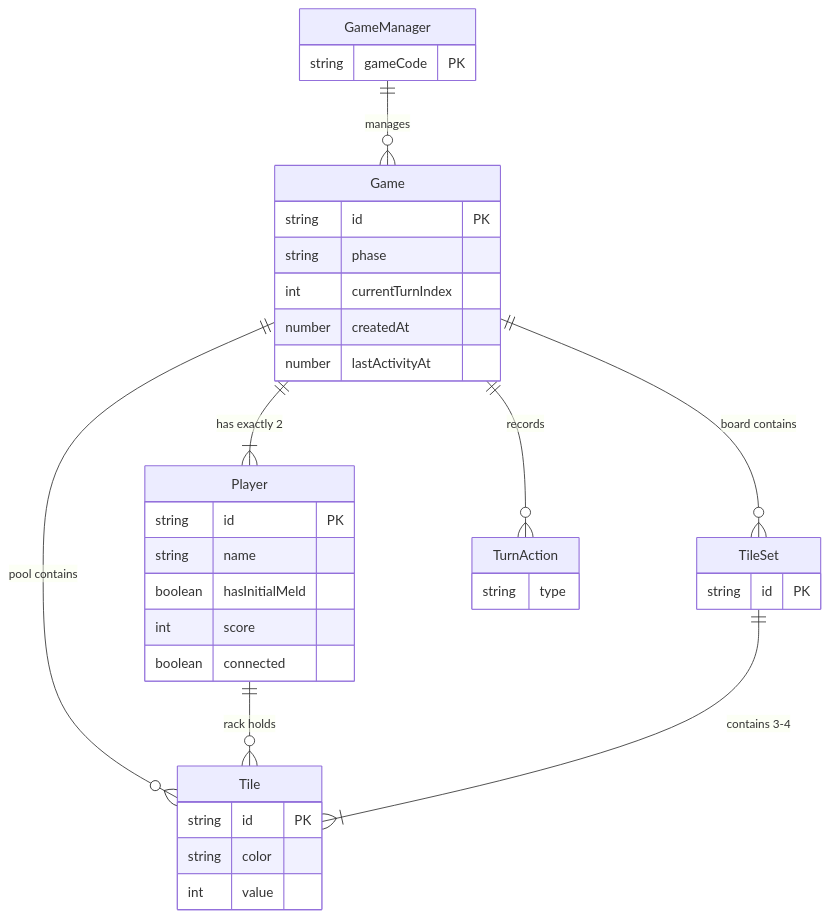
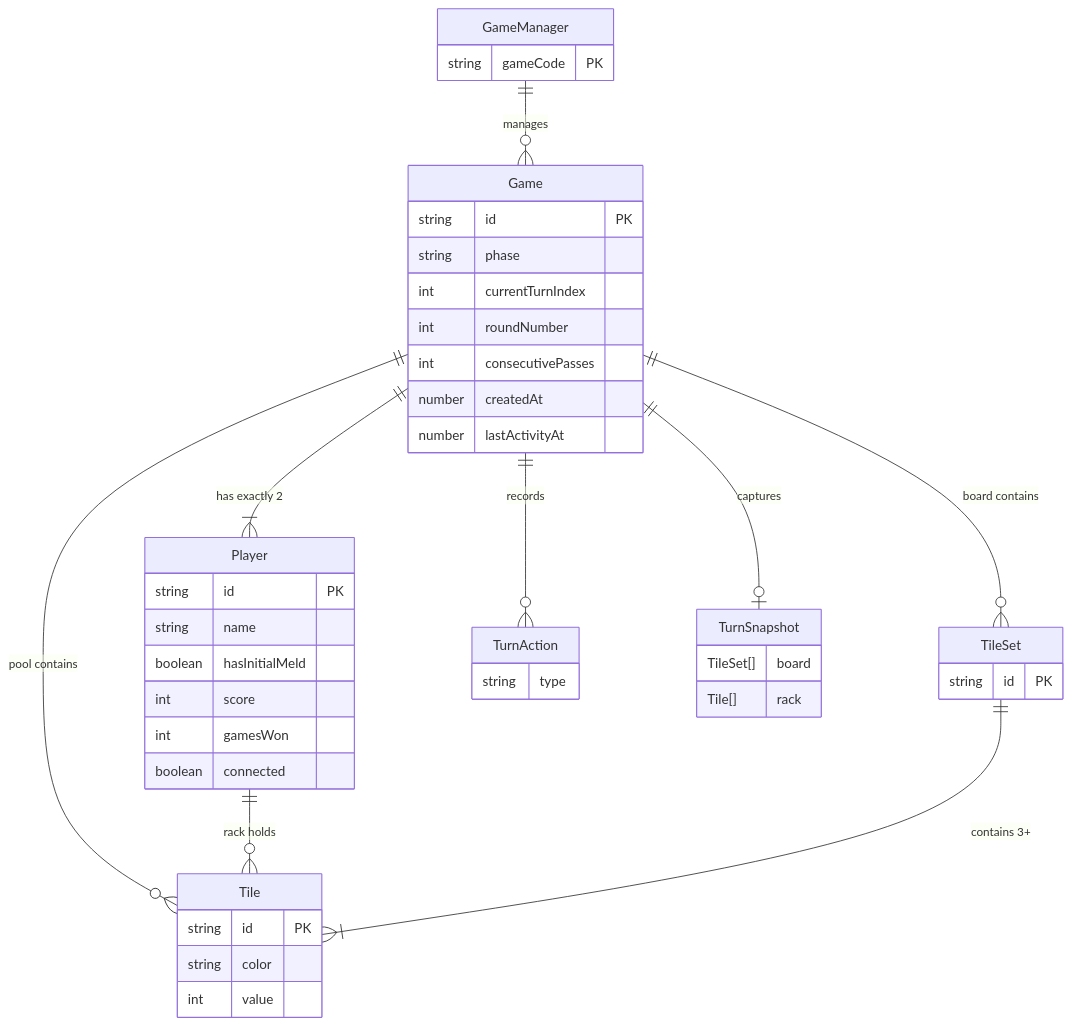
Before and after one commit to warslett/rummikub: the diagram in docs/entities.md, drawn with Mermaid. The commit also changed other lines of this file and 44 other files, not shown here.

````diff
--- a/docs/entities.md
+++ b/docs/entities.md
@@ -29,44 +31,53 @@
 ```mermaid
 erDiagram
     GameManager ||--o{ Game : "manages"
     Game ||--|{ Player : "has exactly 2"
     Game ||--o{ TileSet : "board contains"
     Game ||--o{ Tile : "pool contains"
     Game ||--o{ TurnAction : "records"
+    Game ||--o| TurnSnapshot : "captures"
     Player ||--o{ Tile : "rack holds"
-    TileSet ||--|{ Tile : "contains 3-4"
+    TileSet ||--|{ Tile : "contains 3+"
 
     GameManager {
         string gameCode PK
     }
 
     Game {
         string id PK
         string phase
         int currentTurnIndex
+        int roundNumber
+        int consecutivePasses
         number createdAt
         number lastActivityAt
     }
 
     Player {
         string id PK
         string name
         boolean hasInitialMeld
         int score
+        int gamesWon
         boolean connected
     }
 
     TileSet {
         string id PK
     }
 
     Tile {
         string id PK
         string color
         int value
     }
 
     TurnAction {
         string type
     }
+
+    TurnSnapshot {
+        TileSet[] board
+        Tile[] rack
+    }
 ```
````
